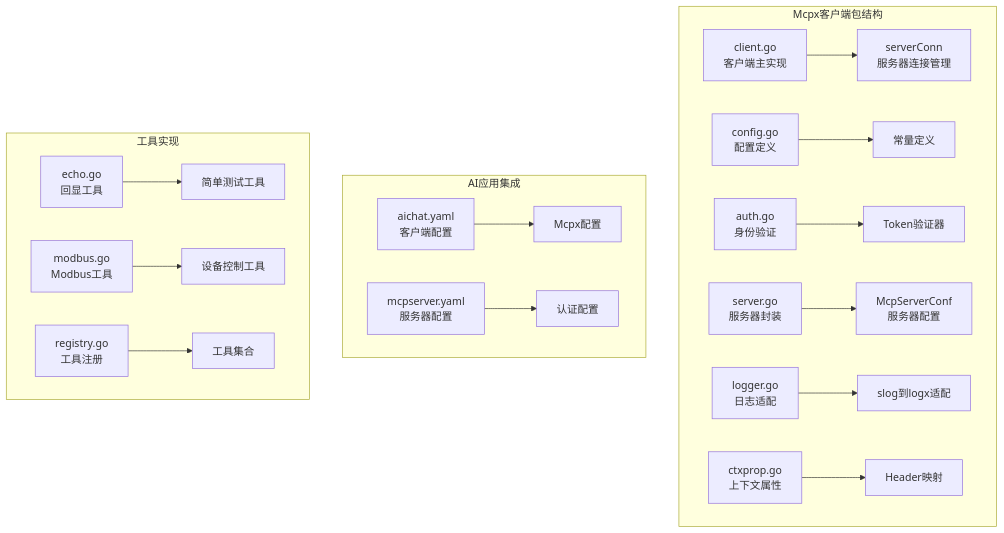
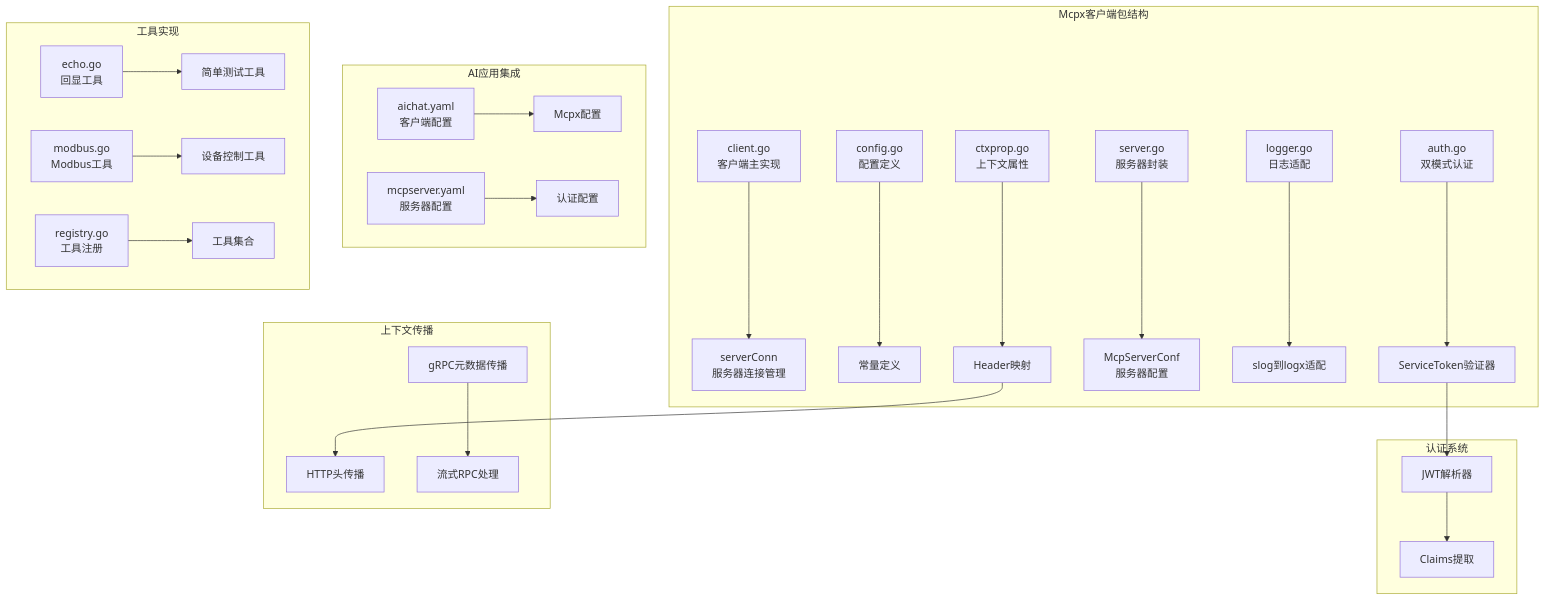
The first of 13 diagrams in .qoder/repowiki/zh/content/核心服务详解/Mcpx客户端包.md (maomao94/zero-service), drawn with Mermaid before and after one commit. The commit also changed other lines of this file and 19 other files, not shown here.

````diff
--- a/.qoder/repowiki/zh/content/核心服务详解/Mcpx客户端包.md
+++ b/.qoder/repowiki/zh/content/核心服务详解/Mcpx客户端包.md
@@ -51,20 +60,28 @@
 ```mermaid
 graph TB
 subgraph "Mcpx客户端包结构"
 A[client.go<br/>客户端主实现] --> B[serverConn<br/>服务器连接管理]
 C[config.go<br/>配置定义] --> D[常量定义]
-E[auth.go<br/>身份验证] --> F[Token验证器]
+E[auth.go<br/>双模式认证] --> F[ServiceToken验证器]
 G[server.go<br/>服务器封装] --> H[McpServerConf<br/>服务器配置]
 I[logger.go<br/>日志适配] --> J[slog到logx适配]
 K[ctxprop.go<br/>上下文属性] --> L[Header映射]
 end
+subgraph "认证系统"
+F --> M[JWT解析器]
+M --> N[Claims提取]
+end
+subgraph "上下文传播"
+L --> O[HTTP头传播]
+P[gRPC元数据传播] --> Q[流式RPC处理]
+end
 subgraph "AI应用集成"
-M[aichat.yaml<br/>客户端配置] --> N[Mcpx配置]
-O[mcpserver.yaml<br/>服务器配置] --> P[认证配置]
+R[aichat.yaml<br/>客户端配置] --> S[Mcpx配置]
+T[mcpserver.yaml<br/>服务器配置] --> U[认证配置]
 end
 subgraph "工具实现"
-Q[echo.go<br/>回显工具] --> R[简单测试工具]
-S[modbus.go<br/>Modbus工具] --> T[设备控制工具]
-U[registry.go<br/>工具注册] --> V[工具集合]
+V[echo.go<br/>回显工具] --> W[简单测试工具]
+X[modbus.go<br/>Modbus工具] --> Y[设备控制工具]
+Z[registry.go<br/>工具注册] --> AA[工具集合]
 end
 ```
````
